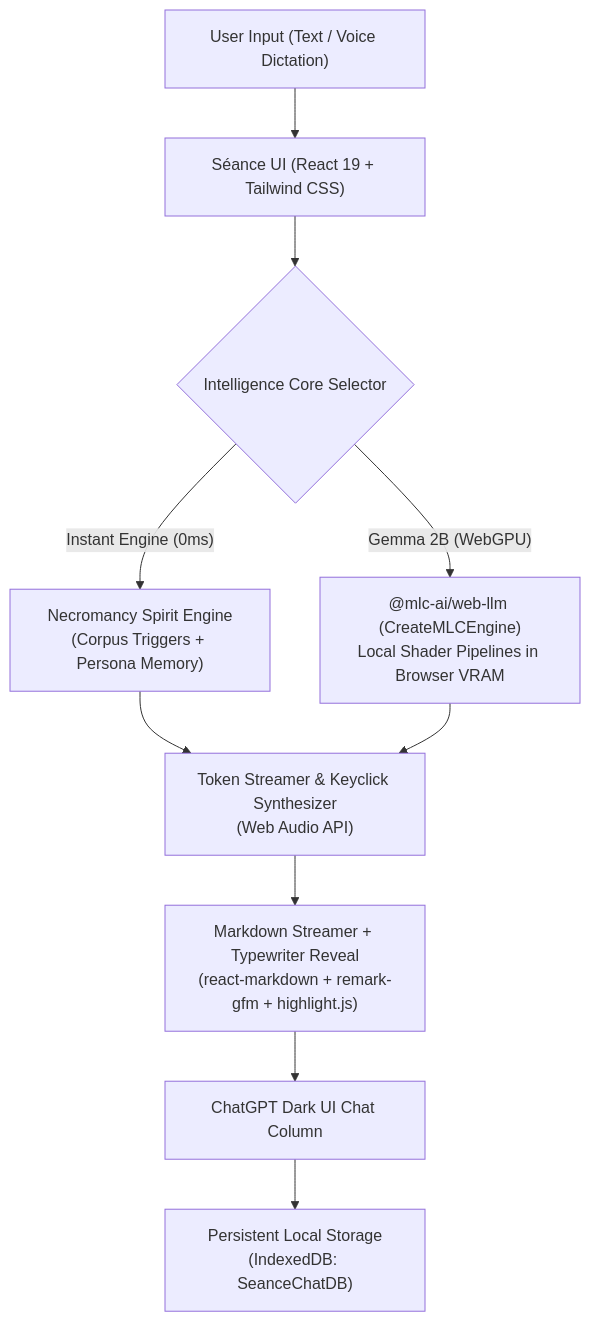
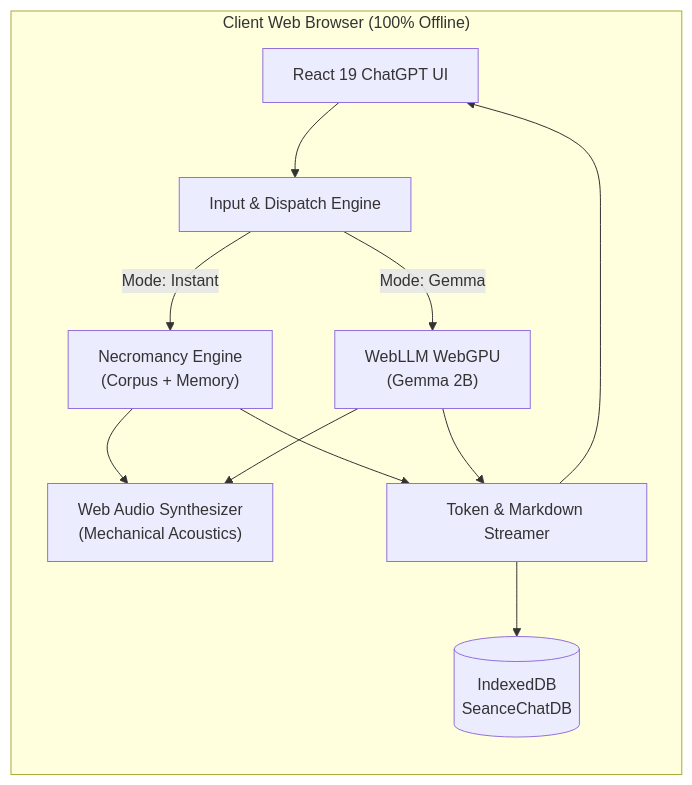
Before and after one commit to omshree59/Hecto---s-ance-chatbot: the diagram in README.md, drawn with Mermaid. The commit also changed other lines of this file and 2 other files, not shown here.

Commit message:
docs: Redesign README with modern showcase preview style, engine comparison cards, and interactive specs

````diff
--- a/README.md
+++ b/README.md
@@ -72,15 +261,18 @@
 ```mermaid
-flowchart TD
-    User["User Input (Text / Voice Dictation)"] --> UI["Séance UI (React 19 + Tailwind CSS)"]
-    UI --> Router{"Intelligence Core Selector"}
-    
-    Router -- "Instant Engine (0ms)" --> Necro["Necromancy Spirit Engine\n(Corpus Triggers + Persona Memory)"]
-    Router -- "Gemma 2B (WebGPU)" --> WebLLM["@mlc-ai/web-llm (CreateMLCEngine)\nLocal Shader Pipelines in Browser VRAM"]
-    
-    Necro --> Streamer["Token Streamer & Keyclick Synthesizer\n(Web Audio API)"]
-    WebLLM --> Streamer
-    
-    Streamer --> MarkdownView["Markdown Streamer + Typewriter Reveal\n(react-markdown + remark-gfm + highlight.js)"]
-    MarkdownView --> ChatArea["ChatGPT Dark UI Chat Column"]
-    ChatArea --> IDB["Persistent Local Storage\n(IndexedDB: SeanceChatDB)"]
+graph LR
+    subgraph Client_Browser ["Client Web Browser (100% Offline)"]
+        UI["React 19 ChatGPT UI"] --> InputRouter["Input & Dispatch Engine"]
+        
+        InputRouter -->|Mode: Instant| NecroEngine["Necromancy Engine\n(Corpus + Memory)"]
+        InputRouter -->|Mode: Gemma| WebLLMEngine["WebLLM WebGPU\n(Gemma 2B)"]
+        
+        NecroEngine --> AudioEngine["Web Audio Synthesizer\n(Mechanical Acoustics)"]
+        WebLLMEngine --> AudioEngine
+        
+        NecroEngine --> StreamProcessor["Token & Markdown Streamer"]
+        WebLLMEngine --> StreamProcessor
+        
+        StreamProcessor --> UI
+        StreamProcessor --> IDB[("IndexedDB\nSeanceChatDB")]
+    end
 ```
````
